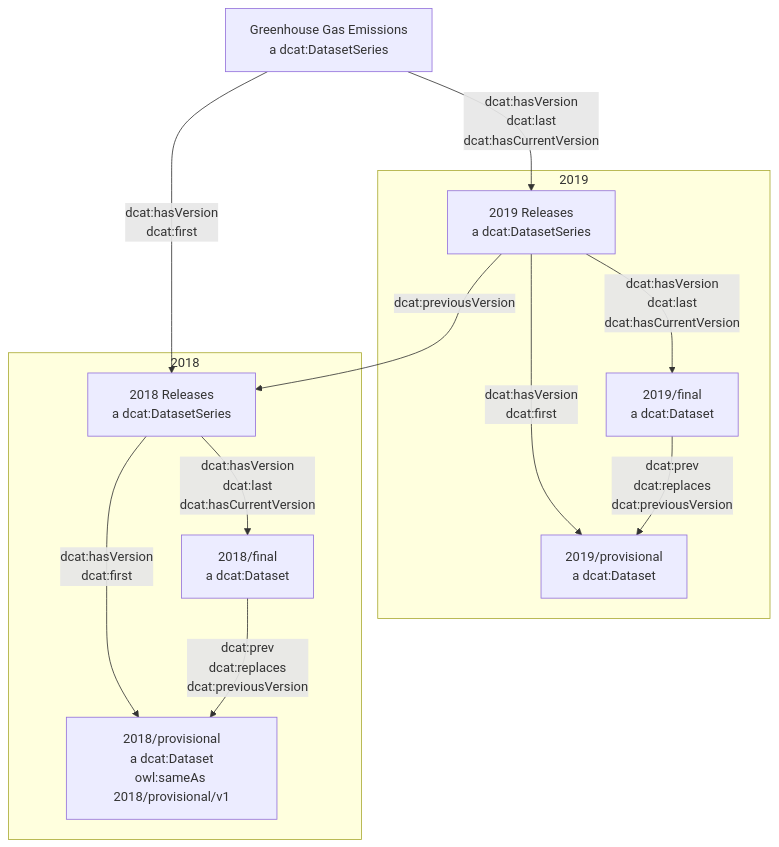
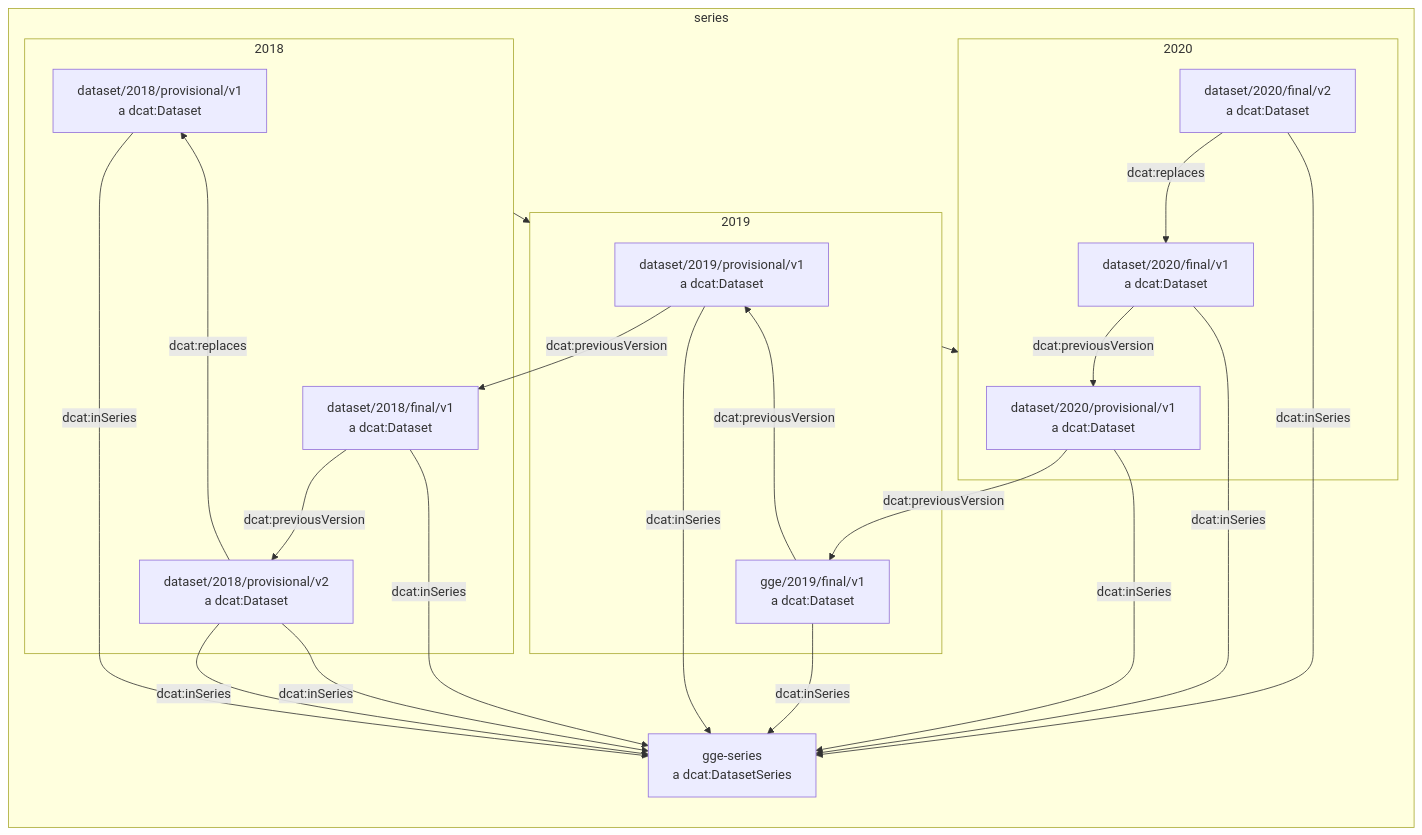
The seventh of 14 diagrams in README.md (ONSdigital/application-profile), drawn with Mermaid before and after one commit. The commit also changed other lines of this file, not shown here.

Commit message:
Updates of editions, revisions, version

````diff
--- a/README.md
+++ b/README.md
@@ -1035,30 +1074,42 @@
 ```mermaid
-flowchart TD
-	gge[Greenhouse Gas Emissions\na dcat:DatasetSeries]
-	ea[2018 Releases\n a dcat:DatasetSeries]
-	eb[2019 Releases\n a dcat:DatasetSeries]
+flowchart LR
+    subgraph series
 
-	
-	gge -->|dcat:hasVersion\ndcat:first| ea
-	gge -->|dcat:hasVersion\ndcat:last\ndcat:hasCurrentVersion| eb
-	
-    subgraph 2018
-    2018p[2018/provisional\na dcat:Dataset\nowl:sameAs 2018/provisional/v1]
-    2018f[2018/final\na dcat:Dataset]
-	ea -->|dcat:hasVersion\ndcat:first| 2018p
-	ea -->|dcat:hasVersion\ndcat:last\ndcat:hasCurrentVersion| 2018f
-	2018f -->|dcat:prev\ndcat:replaces\ndcat:previousVersion|2018p
+	gges[gge-series\na dcat:DatasetSeries]
+        subgraph 2018
+            2018p1[dataset/2018/provisional/v1\na dcat:Dataset]
+            2018p2[dataset/2018/provisional/v2\na dcat:Dataset]
+            2018f1[dataset/2018/final/v1\na dcat:Dataset]
+        end
+
+        subgraph 2019
+            2019p1[dataset/2019/provisional/v1\na dcat:Dataset]
+            2019f1[gge/2019/final/v1\na dcat:Dataset]
+        end
+
+        subgraph 2020
+            2020p1[dataset/2020/provisional/v1\na dcat:Dataset]
+            2020f1[dataset/2020/final/v1\na dcat:Dataset]
+            2020f2[dataset/2020/final/v2\na dcat:Dataset]
+        end
     end
 
-    subgraph 2019
-    2019p[2019/provisional\na dcat:Dataset]
-    2019f[2019/final\na dcat:Dataset]
-	eb -->|dcat:hasVersion\ndcat:first| 2019p
-	eb -->|dcat:hasVersion\ndcat:last\ndcat:hasCurrentVersion| 2019f
-	2019f -->|dcat:prev\ndcat:replaces\ndcat:previousVersion|2019p	
-    end
+    2018 --> 2019 --> 2020
 
-	eb
-	
-	eb -->|dcat:previousVersion| ea
+    2018p1 -->|dcat:inSeries| gges
+    2018p2 -->|dcat:inSeries| gges
+    2018p2 -->|dcat:replaces| 2018p1
+    2018p2 -->|dcat:inSeries| gges
+    2018f1 -->|dcat:previousVersion| 2018p2
+    2018f1 -->|dcat:inSeries| gges
+    2019p1 -->|dcat:previousVersion| 2018f1
+    2019p1 -->|dcat:inSeries| gges
+    2019f1 -->|dcat:previousVersion| 2019p1
+    2019f1 -->|dcat:inSeries| gges
+    2020p1 -->|dcat:previousVersion| 2019f1
+    2020p1 -->|dcat:inSeries| gges
+    2020f1 -->|dcat:previousVersion| 2020p1
+    2020f1 -->|dcat:inSeries| gges
+    2020f2 -->|dcat:replaces| 2020f1
+    2020f2 -->|dcat:inSeries| gges
 ```
````
